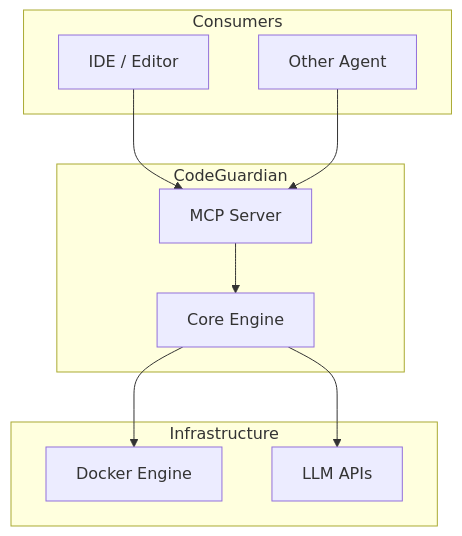
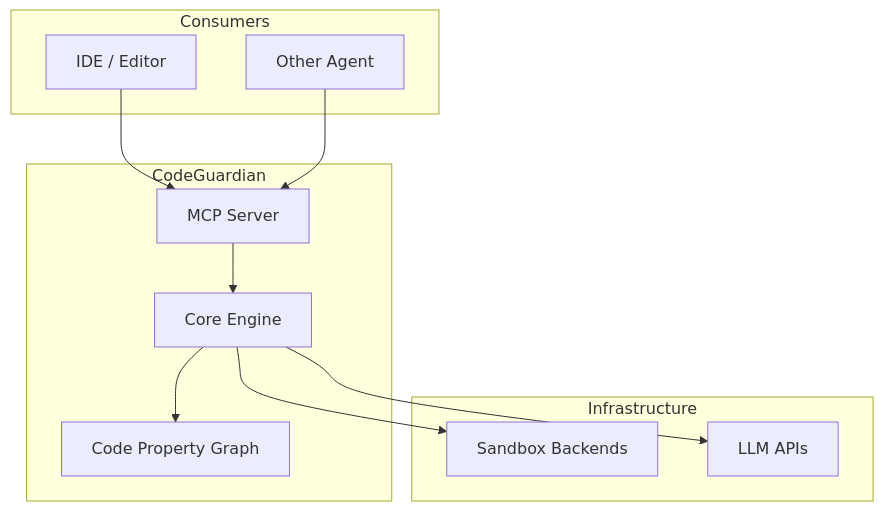
Diagram 25 of 25 in docs/04-architecture.md (arubara2021/CodeGuardian), drawn with Mermaid before and after one commit. The commit also changed other lines of this file and 5 other files, not shown here.

````diff
--- a/docs/04-architecture.md
+++ b/docs/04-architecture.md
@@ -1116,23 +1438,25 @@
 ```mermaid
 flowchart TB
     subgraph Consumers
         IDE[IDE / Editor]
         Agent[Other Agent]
     end
 
     subgraph CodeGuardian
         MCPServer[MCP Server]
         Core[Core Engine]
+        CPG[Code Property Graph]
     end
 
     subgraph Infrastructure
-        Docker[Docker Engine]
+        Sandbox[Sandbox Backends]
         LLM[LLM APIs]
     end
 
     IDE --> MCPServer
     Agent --> MCPServer
     MCPServer --> Core
-    Core --> Docker
+    Core --> Sandbox
+    Core --> CPG
     Core --> LLM
 ```
````
